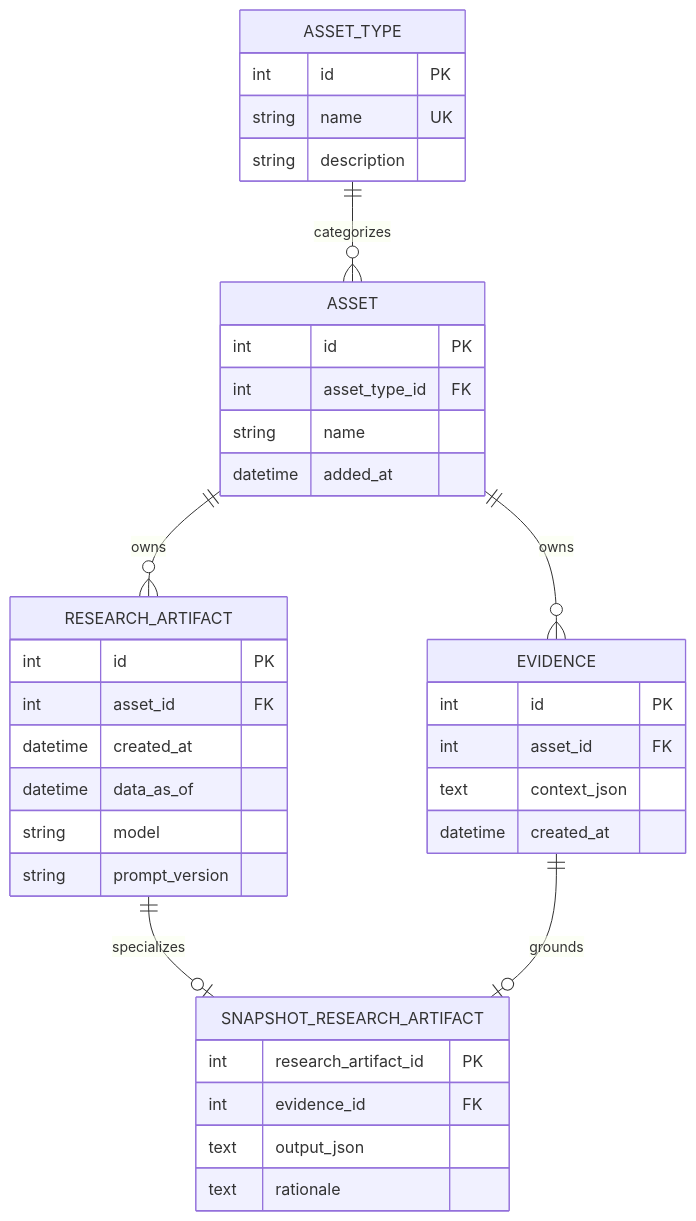
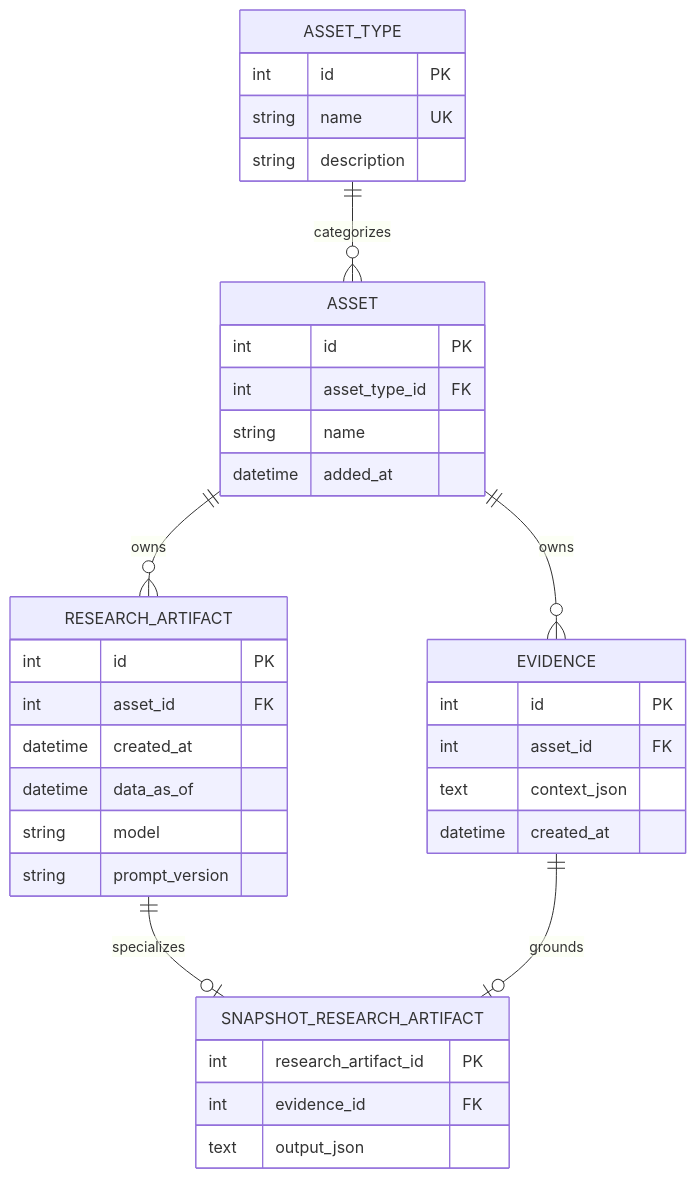
The second of 3 diagrams in docs/architecture.md (therealkingslayer2003/spider-ai), drawn with Mermaid before and after one commit. The commit also changed other lines of this file and 24 other files, not shown here.

Commit message:
Refactor asset snapshot evidence handling and update related schemas

````diff
--- a/docs/architecture.md
+++ b/docs/architecture.md
@@ -302,40 +302,39 @@
 ```mermaid
 erDiagram
     ASSET_TYPE ||--o{ ASSET : categorizes
     ASSET ||--o{ RESEARCH_ARTIFACT : owns
     ASSET ||--o{ EVIDENCE : owns
     RESEARCH_ARTIFACT ||--o| SNAPSHOT_RESEARCH_ARTIFACT : specializes
     EVIDENCE ||--o| SNAPSHOT_RESEARCH_ARTIFACT : grounds
 
     ASSET_TYPE {
         int id PK
         string name UK
         string description
     }
     ASSET {
         int id PK
         int asset_type_id FK
         string name
         datetime added_at
     }
     RESEARCH_ARTIFACT {
         int id PK
         int asset_id FK
         datetime created_at
         datetime data_as_of
         string model
         string prompt_version
     }
     EVIDENCE {
         int id PK
         int asset_id FK
         text context_json
         datetime created_at
     }
     SNAPSHOT_RESEARCH_ARTIFACT {
         int research_artifact_id PK
         int evidence_id FK
         text output_json
-        text rationale
     }
 ```
````
